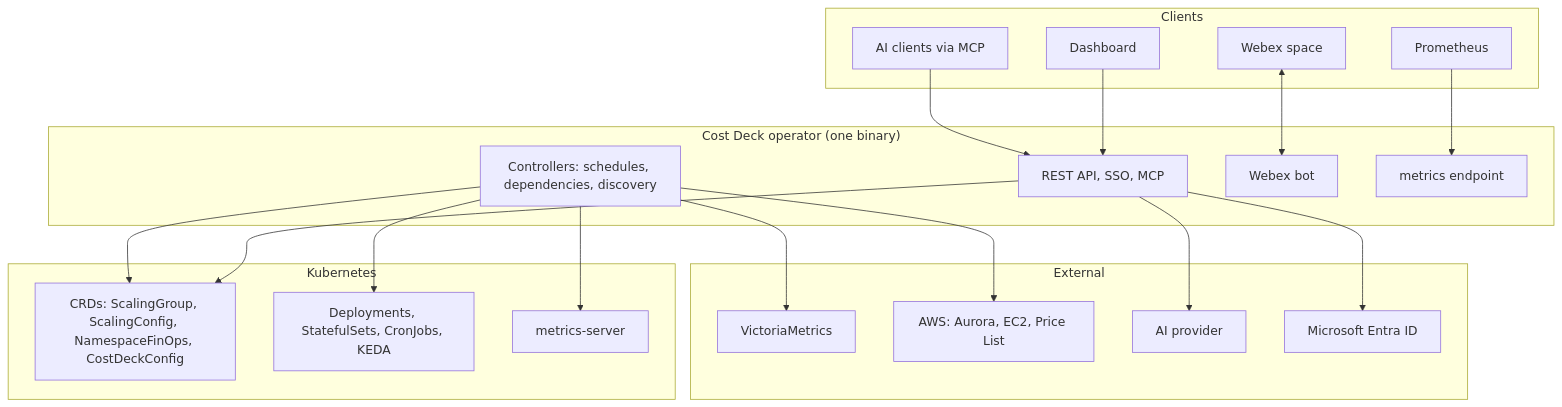
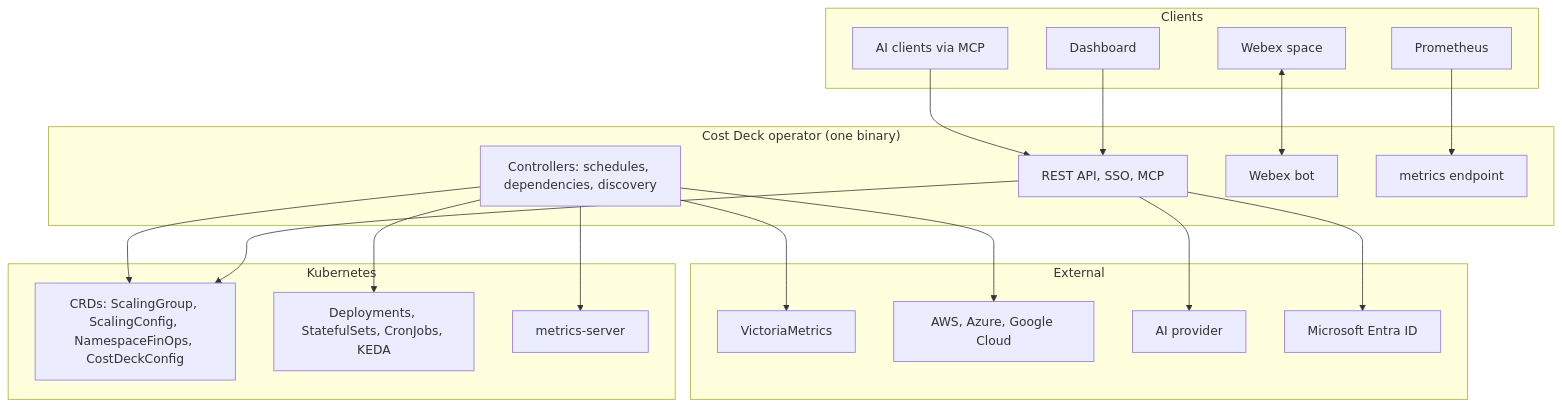
Before and after one commit to migalsp/costdeck: the diagram in README.md, drawn with Mermaid. The commit also changed other lines of this file and 6 other files, not shown here.

````diff
--- a/README.md
+++ b/README.md
@@ -66,42 +74,42 @@
 ```mermaid
 graph TD
     subgraph Clients
         UI[Dashboard]
         AI[AI clients via MCP]
         WX[Webex space]
         PR[Prometheus]
     end
 
     subgraph Operator["Cost Deck operator (one binary)"]
         API[REST API, SSO, MCP]
         CTRL[Controllers: schedules, dependencies, discovery]
         BOT[Webex bot]
         MET[metrics endpoint]
     end
 
     subgraph Cluster["Kubernetes"]
         CRD[CRDs: ScalingGroup, ScalingConfig, NamespaceFinOps, CostDeckConfig]
         WL[Deployments, StatefulSets, CronJobs, KEDA]
         MS[metrics-server]
     end
 
     subgraph External
         VM[VictoriaMetrics]
-        AWS[AWS: Aurora, EC2, Price List]
+        AWS[AWS, Azure, Google Cloud]
         LLM[AI provider]
         ENTRA[Microsoft Entra ID]
     end
 
     UI --> API
     AI --> API
     WX <--> BOT
     PR --> MET
     API --> CRD
     CTRL --> CRD
     CTRL --> WL
     CTRL --> AWS
     CTRL --> MS
     CTRL --> VM
     API --> LLM
     API --> ENTRA
 ```
````
